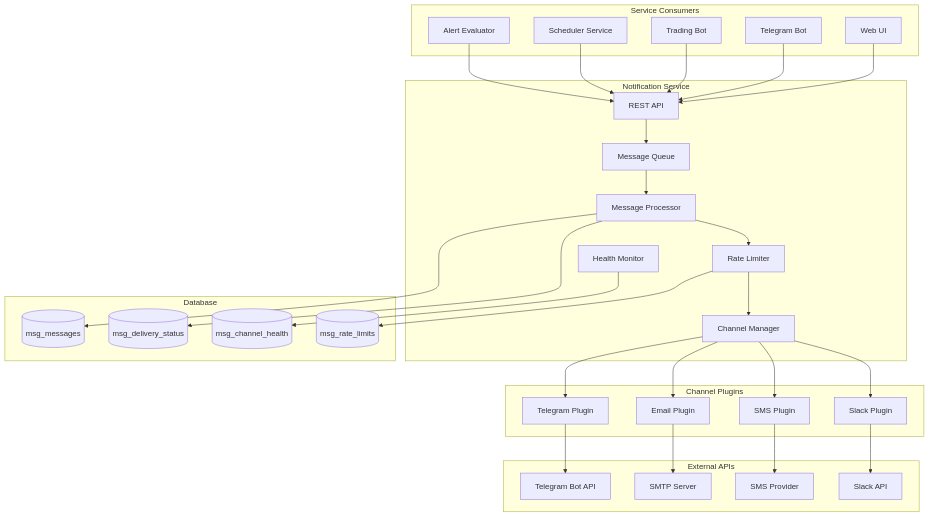
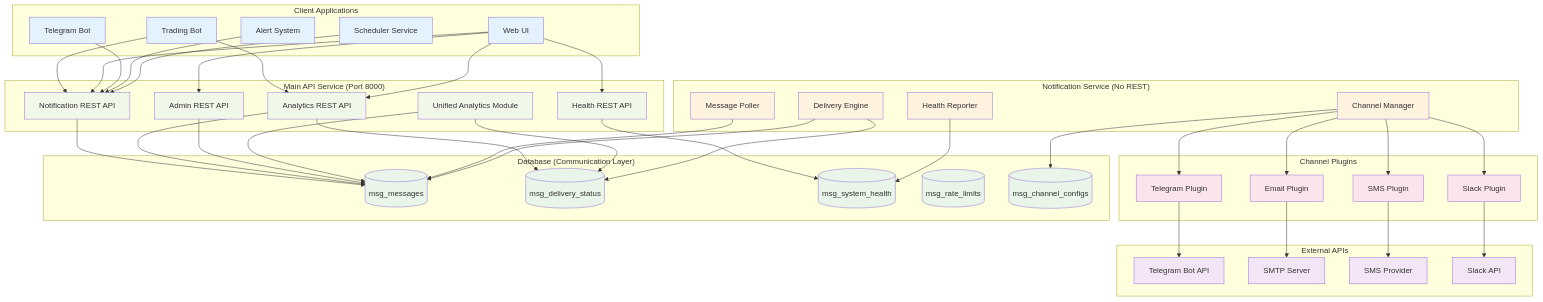
The diagram in .kiro/specs/notification-service/design.md (iwozere/e-trading), drawn with Mermaid before and after one commit. The commit also changed other lines of this file and 22 other files, not shown here.

````diff
--- a/.kiro/specs/notification-service/design.md
+++ b/.kiro/specs/notification-service/design.md
@@ -11,20 +11,26 @@
 ```mermaid
 graph TB
-    subgraph "Service Consumers"
-        AlertEvaluator[Alert Evaluator]
+    subgraph "Client Applications"
+        TradingBot[Trading Bot]
+        WebUI[Web UI]
+        TelegramBot[Telegram Bot]
+        AlertSystem[Alert System]
         SchedulerService[Scheduler Service]
-        TradingBot[Trading Bot]
-        TelegramBot[Telegram Bot]
-        WebUI[Web UI]
     end
 
-    subgraph "Notification Service"
-        API[REST API]
-        MessageQueue[Message Queue]
-        Processor[Message Processor]
-        RateLimiter[Rate Limiter]
+    subgraph "Main API Service (Port 8000)"
+        NotificationAPI[Notification REST API]
+        AnalyticsAPI[Analytics REST API]
+        AdminAPI[Admin REST API]
+        HealthAPI[Health REST API]
+        UnifiedAnalytics[Unified Analytics Module]
+    end
+
+    subgraph "Notification Service (No REST)"
+        MessagePoller[Message Poller]
+        DeliveryEngine[Delivery Engine]
         ChannelManager[Channel Manager]
-        HealthMonitor[Health Monitor]
+        HealthReporter[Health Reporter]
     end
 
     subgraph "Channel Plugins"
@@ -41,23 +47,43 @@
         SlackAPI[Slack API]
     end
 
-    subgraph "Database"
+    subgraph "Database (Communication Layer)"
         Messages[(msg_messages)]
         DeliveryStatus[(msg_delivery_status)]
-        ChannelHealth[(msg_channel_health)]
+        SystemHealth[(msg_system_health)]
         RateLimits[(msg_rate_limits)]
+        ChannelConfigs[(msg_channel_configs)]
     end
 
-    AlertEvaluator --> API
-    SchedulerService --> API
-    TradingBot --> API
-    TelegramBot --> API
-    WebUI --> API
+    %% Client to Main API (REST)
+    TradingBot --> NotificationAPI
+    WebUI --> NotificationAPI
+    TelegramBot --> NotificationAPI
+    AlertSystem --> NotificationAPI
+    SchedulerService --> NotificationAPI
 
-    API --> MessageQueue
-    MessageQueue --> Processor
-    Processor --> RateLimiter
-    RateLimiter --> ChannelManager
+    TradingBot --> AnalyticsAPI
+    WebUI --> AnalyticsAPI
+    WebUI --> AdminAPI
+    WebUI --> HealthAPI
+
+    %% Main API to Database (Direct SQL)
+    NotificationAPI --> Messages
+    AnalyticsAPI --> Messages
+    AnalyticsAPI --> DeliveryStatus
+    AdminAPI --> Messages
+    HealthAPI --> SystemHealth
+    UnifiedAnalytics --> Messages
+    UnifiedAnalytics --> DeliveryStatus
+
+    %% Notification Service to Database (Polling & Updates)
+    MessagePoller --> Messages
+    DeliveryEngine --> Messages
+    DeliveryEngine --> DeliveryStatus
+    HealthReporter --> SystemHealth
+    ChannelManager --> ChannelConfigs
+
+    %% Notification Service to External APIs
     ChannelManager --> TelegramChannel
     ChannelManager --> EmailChannel
     ChannelManager --> SMSChannel
@@ -68,8 +94,18 @@
     SMSChannel --> SMSProvider
     SlackChannel --> SlackAPI
 
-    Processor --> Messages
-    Processor --> DeliveryStatus
-    HealthMonitor --> ChannelHealth
-    RateLimiter --> RateLimits
+    %% Styling
+    classDef clientLayer fill:#e3f2fd
+    classDef apiLayer fill:#f1f8e9
+    classDef serviceLayer fill:#fff3e0
+    classDef pluginLayer fill:#fce4ec
+    classDef externalLayer fill:#f3e5f5
+    classDef dataLayer fill:#e8f5e8
+
+    class TradingBot,WebUI,TelegramBot,AlertSystem,SchedulerService clientLayer
+    class NotificationAPI,AnalyticsAPI,AdminAPI,HealthAPI,UnifiedAnalytics apiLayer
+    class MessagePoller,DeliveryEngine,ChannelManager,HealthReporter serviceLayer
+    class TelegramChannel,EmailChannel,SMSChannel,SlackChannel pluginLayer
+    class TelegramAPI,SMTPServer,SMSProvider,SlackAPI externalLayer
+    class Messages,DeliveryStatus,SystemHealth,RateLimits,ChannelConfigs dataLayer
 ```
````
